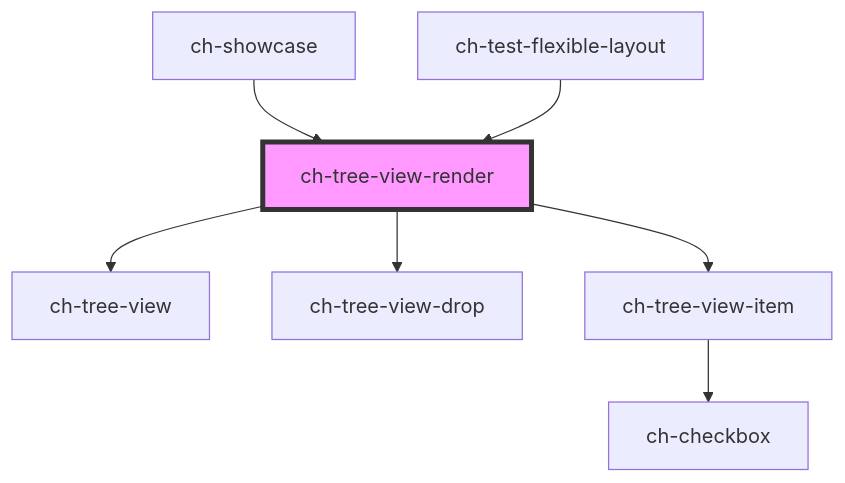
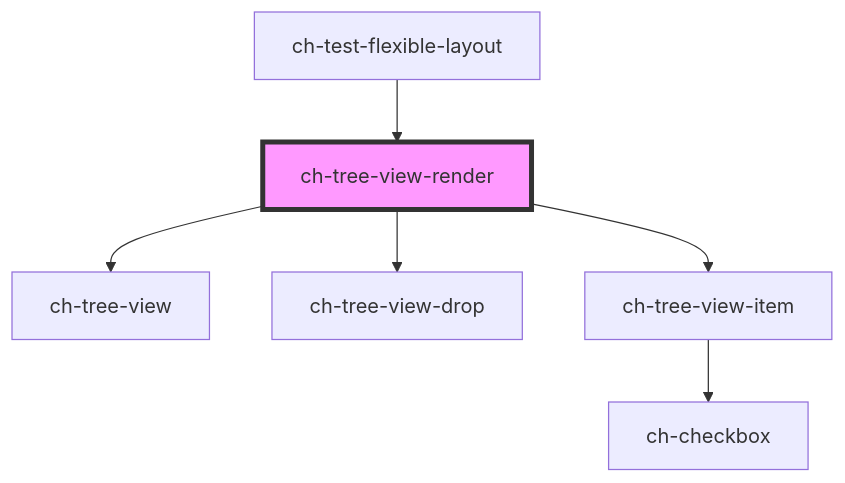
The diagram in src/components/tree-view/readme.md (genexuslabs/chameleon-controls-library), drawn with Mermaid before and after one commit. The commit also changed other lines of this file and 25 other files, not shown here.

````diff
--- a/src/components/tree-view/readme.md
+++ b/src/components/tree-view/readme.md
@@ -309,10 +308,9 @@
 ```mermaid
 graph TD;
   ch-tree-view-render --> ch-tree-view
   ch-tree-view-render --> ch-tree-view-drop
   ch-tree-view-render --> ch-tree-view-item
   ch-tree-view-item --> ch-checkbox
-  ch-showcase --> ch-tree-view-render
   ch-test-flexible-layout --> ch-tree-view-render
   style ch-tree-view-render fill:#f9f,stroke:#333,stroke-width:4px
 ```
````
